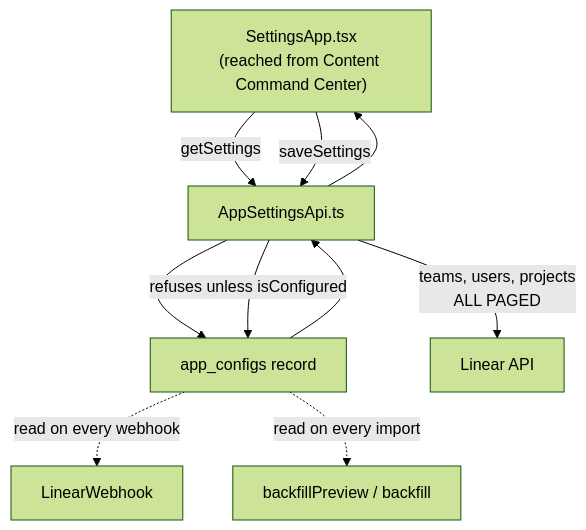
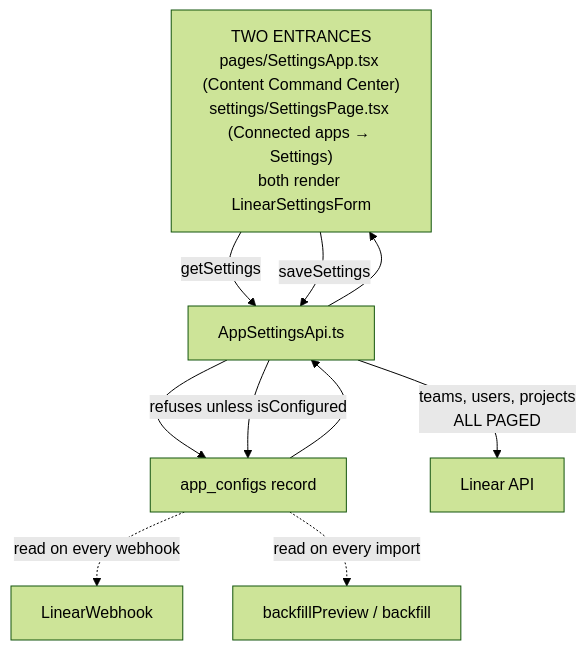
The third of 5 diagrams in docs/ARCHITECTURE.md (dennisedson/hubspot-central-brain), drawn with Mermaid (forest theme) before and after one commit. The commit also changed other lines of this file and 8 other files, not shown here.

````diff
--- a/docs/ARCHITECTURE.md
+++ b/docs/ARCHITECTURE.md
@@ -96,17 +129,17 @@
 ```mermaid
 flowchart TD
-    page["SettingsApp.tsx<br/>(reached from Content Command Center)"]
+    page["TWO ENTRANCES<br/>pages/SettingsApp.tsx (Content Command Center)<br/>settings/SettingsPage.tsx (Connected apps → Settings)<br/>both render LinearSettingsForm"]
     api["AppSettingsApi.ts"]
     cfg["app_configs record"]
     linear["Linear API"]
 
     page -->|getSettings| api
     api -->|"teams, users, projects<br/>ALL PAGED"| linear
     api --> cfg
     cfg --> api
     api --> page
     page -->|saveSettings| api
     api -->|"refuses unless isConfigured"| cfg
     cfg -.->|read on every webhook| hook["LinearWebhook"]
     cfg -.->|read on every import| imp["backfillPreview / backfill"]
 ```
````
